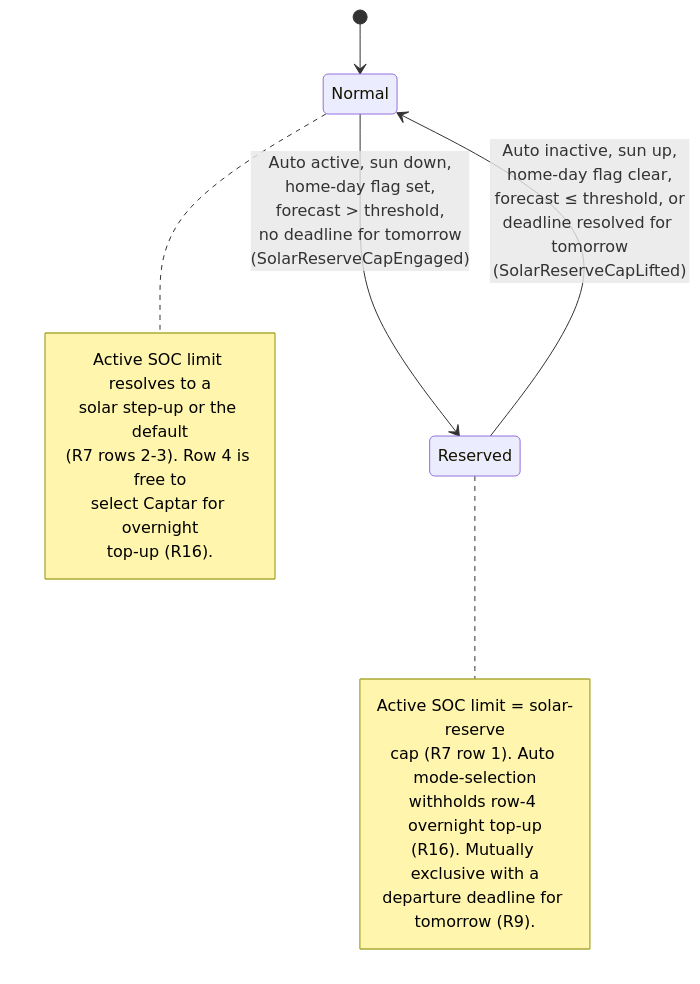
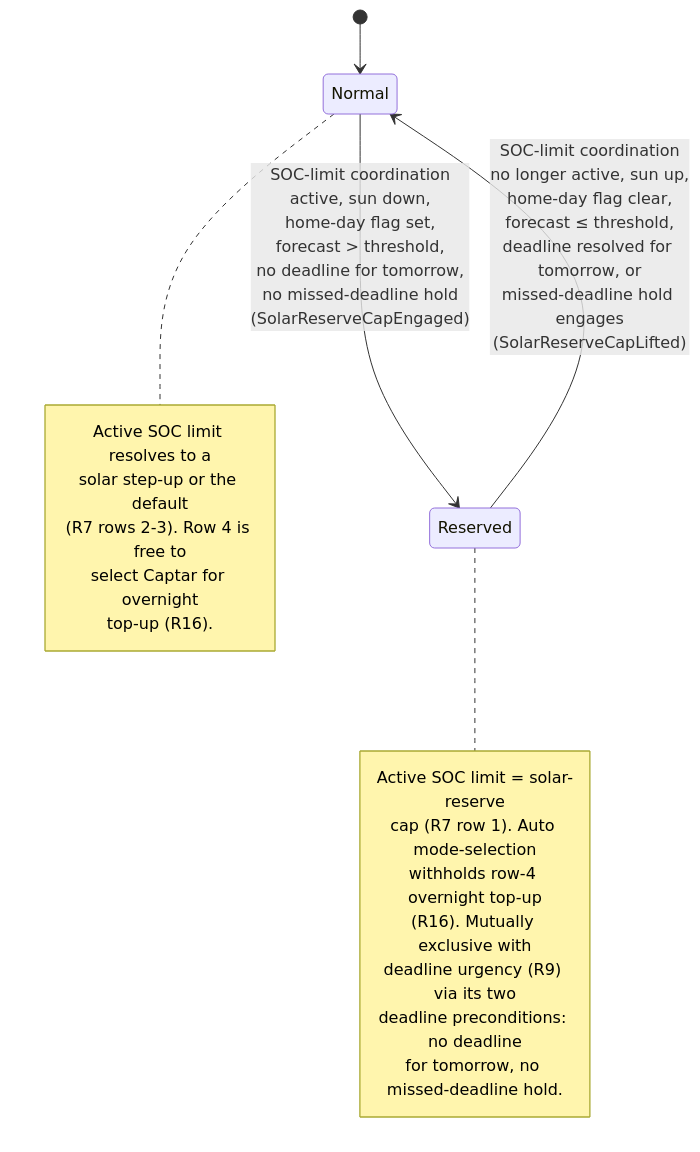
One commit to kristofdegrave/homeassistant-smart-charging changed the diagram in docs/analysis/use-cases/UC07-reserve-capacity-for-tomorrow.md. Above: the diagram before and after it, drawn with Mermaid. The commit also changed other lines of this file and 7 other files, not shown here.

First line of the commit message:
docs: resolve departure deadline against next future occurrence (#510)

````diff
--- a/docs/analysis/use-cases/UC07-reserve-capacity-for-tomorrow.md
+++ b/docs/analysis/use-cases/UC07-reserve-capacity-for-tomorrow.md
@@ -130,20 +147,22 @@
 ```mermaid
 stateDiagram-v2
     [*] --> Normal
-    Normal --> Reserved: Auto active, sun down,<br/>home-day flag set,<br/>forecast > threshold,<br/>no deadline for tomorrow<br/>(SolarReserveCapEngaged)
-    Reserved --> Normal: Auto inactive, sun up,<br/>home-day flag clear,<br/>forecast ≤ threshold, or<br/>deadline resolved for tomorrow<br/>(SolarReserveCapLifted)
+    Normal --> Reserved: SOC-limit coordination<br/>active, sun down,<br/>home-day flag set,<br/>forecast > threshold,<br/>no deadline for tomorrow,<br/>no missed-deadline hold<br/>(SolarReserveCapEngaged)
+    Reserved --> Normal: SOC-limit coordination<br/>no longer active, sun up,<br/>home-day flag clear,<br/>forecast ≤ threshold,<br/>deadline resolved for tomorrow, or<br/>missed-deadline hold engages<br/>(SolarReserveCapLifted)
     note right of Reserved
         Active SOC limit = solar-reserve
         cap (R7 row 1). Auto mode-selection
         withholds row-4 overnight top-up
-        (R16). Mutually exclusive with a
-        departure deadline for tomorrow (R9).
+        (R16). Mutually exclusive with
+        deadline urgency (R9) via its two
+        deadline preconditions: no deadline
+        for tomorrow, no missed-deadline hold.
     end note
     note right of Normal
         Active SOC limit resolves to a
         solar step-up or the default
         (R7 rows 2-3). Row 4 is free to
         select Captar for overnight
         top-up (R16).
     end note
 ```
````
